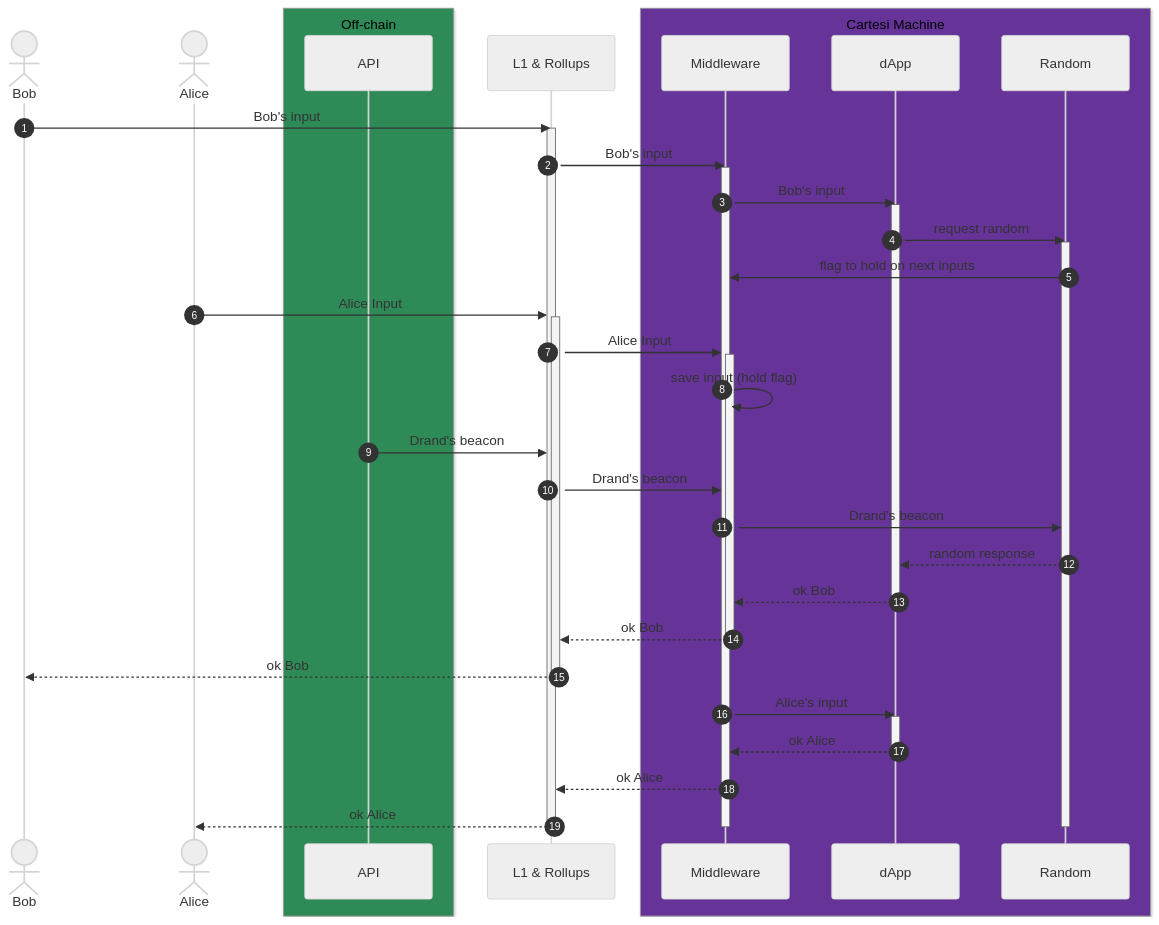
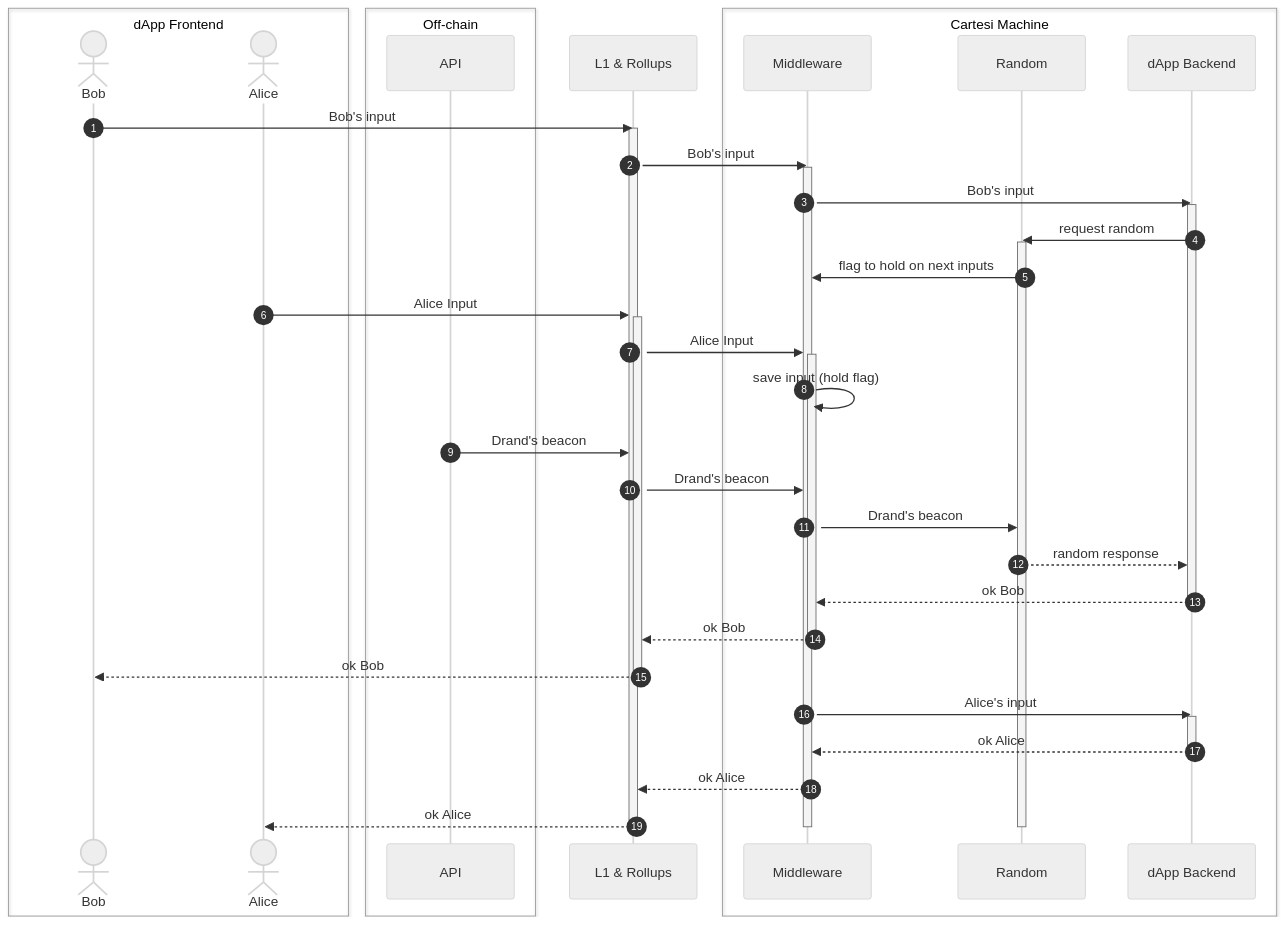
One commit to Calindra/cartesi-drand changed the diagram in README.md. Above: the diagram before and after it, drawn with Mermaid (neutral theme).

Commit message:
docs: some suggestion for docs

````diff
--- a/README.md
+++ b/README.md
@@ -16,51 +16,53 @@
 ```mermaid
 sequenceDiagram
     autonumber
+    box dApp Frontend
     actor Bob
     actor Alice
+    end
 
-    box seagreen Off-chain
+    box Off-chain
     participant API
     end
     participant L1 & Rollups
 
-    box rebeccapurple Cartesi Machine
+    box Cartesi Machine
     participant Middleware
-    participant dApp
     participant Random
+    participant dApp as dApp Backend
     end
 
     Bob->>L1 & Rollups: Bob's input
     activate L1 & Rollups
     L1 & Rollups->>Middleware: Bob's input
     activate Middleware
     Middleware->>dApp: Bob's input
     activate dApp
     dApp->>Random: request random
     activate Random
     Random->>Middleware: flag to hold on next inputs
     Alice->>L1 & Rollups: Alice Input
     activate L1 & Rollups
     L1 & Rollups->>Middleware: Alice Input
     activate Middleware
     Middleware ->> Middleware: save input (hold flag)
     API->>L1 & Rollups: Drand's beacon
     L1 & Rollups->>Middleware: Drand's beacon
     Middleware->>Random: Drand's beacon
     Random-->>dApp: random response
     dApp-->>Middleware: ok Bob
     deactivate dApp
     Middleware-->>L1 & Rollups: ok Bob
     deactivate Middleware
     L1 & Rollups-->>Bob: ok Bob
     deactivate L1 & Rollups
     Middleware->>dApp: Alice's input
     activate dApp
     dApp-->>Middleware: ok Alice
     deactivate dApp
     Middleware-->>L1 & Rollups: ok Alice
     L1 & Rollups-->>Alice: ok Alice
     deactivate Random
     deactivate Middleware
     deactivate L1 & Rollups
 ```
````
